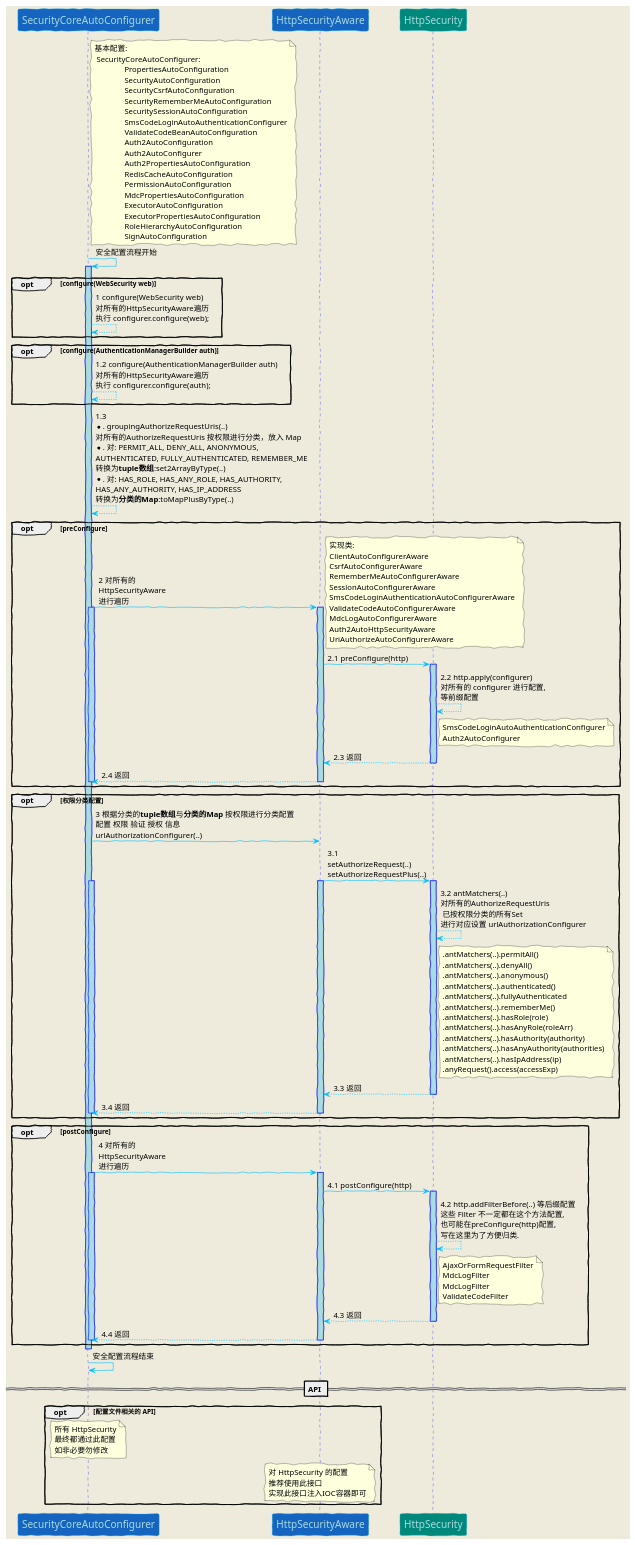
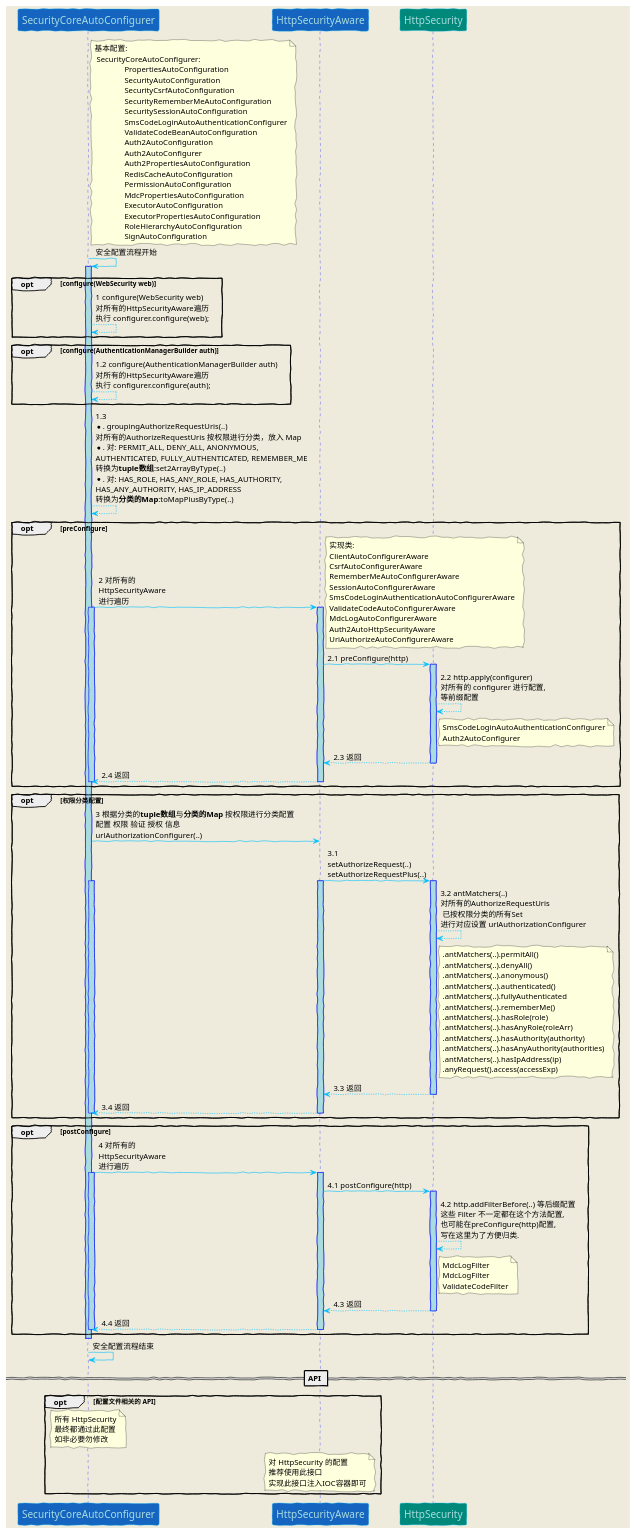
The diagram in doc/puml/securityConfigurer.puml (ZeroOrInfinity/UMS), drawn with PlantUML before and after one commit. The commit also changed 4 other files, not shown here.

Commit message:
文档: 更新 HttpSecurity 的配置时序图 与 权限流程时序图.

```diff
--- a/doc/puml/securityConfigurer.puml
+++ b/doc/puml/securityConfigurer.puml
@@ -1,146 +1,145 @@
 @startuml
 
 skinparam backgroundColor #EEEBDC
 skinparam handwritten true
 skinparam sequence {
 ArrowColor DeepSkyBlue
 ActorBorderColor DeepSkyBlue
 LifeLineBorderColor blue
 LifeLineBackgroundColor #A9DCDF
 ParticipantBorderColor DeepSkyBlue
 ParticipantBackgroundColor #00897b
 ParticipantFontName Impact
 ParticipantFontSize 17
 ParticipantFontColor #A9DCDF
 ActorBackgroundColor aqua
 ActorFontColor DeepSkyBlue
 ActorFontSize 17
 ActorFontName Aapex
 }
 
 participant "SecurityCoreAutoConfigurer" #1565c0
 note right SecurityCoreAutoConfigurer: 基本配置:\n SecurityCoreAutoConfigurer: \n\
                PropertiesAutoConfiguration\n               SecurityAutoConfiguration\n\
                SecurityCsrfAutoConfiguration\n               SecurityRememberMeAutoConfiguration\n\
                SecuritySessionAutoConfiguration\n\                SmsCodeLoginAutoAuthenticationConfigurer\n\
                ValidateCodeBeanAutoConfiguration\n\                Auth2AutoConfiguration\n\
                Auth2AutoConfigurer\n\                Auth2PropertiesAutoConfiguration\n\
                RedisCacheAutoConfiguration\n\                PermissionAutoConfiguration\n\
                MdcPropertiesAutoConfiguration\n\                ExecutorAutoConfiguration\n\
                ExecutorPropertiesAutoConfiguration\n\                RoleHierarchyAutoConfiguration\n\
                SignAutoConfiguration
 
 SecurityCoreAutoConfigurer -> SecurityCoreAutoConfigurer: 安全配置流程开始
 
 activate SecurityCoreAutoConfigurer
 
 opt configure(WebSecurity web)
 SecurityCoreAutoConfigurer --> SecurityCoreAutoConfigurer: 1 configure(WebSecurity web)\n\
 对所有的HttpSecurityAware遍历\n\
 执行 configurer.configure(web);
 end
 
 opt configure(AuthenticationManagerBuilder auth)
 SecurityCoreAutoConfigurer --> SecurityCoreAutoConfigurer: 1.2 configure(AuthenticationManagerBuilder auth)\n\
 对所有的HttpSecurityAware遍历\n\
 执行 configurer.configure(auth);
 end
 
 SecurityCoreAutoConfigurer --> SecurityCoreAutoConfigurer: 1.3 \n\
 *. groupingAuthorizeRequestUris(..)\n\
 对所有的AuthorizeRequestUris 按权限进行分类，放入 Map\n\
 *. 对: PERMIT_ALL, DENY_ALL, ANONYMOUS,\nAUTHENTICATED, FULLY_AUTHENTICATED, REMEMBER_ME\n\
 转换为**tuple数组**:set2ArrayByType(..)\n\
 *. 对: HAS_ROLE, HAS_ANY_ROLE, HAS_AUTHORITY, \nHAS_ANY_AUTHORITY, HAS_IP_ADDRESS\n\
 转换为**分类的Map**:toMapPlusByType(..)
 opt preConfigure
 participant "HttpSecurityAware" #1565c0
 SecurityCoreAutoConfigurer -> HttpSecurityAware: 2 对所有的\nHttpSecurityAware\n进行遍历
 activate SecurityCoreAutoConfigurer
 activate HttpSecurityAware
 note right : 实现类:\n\
 ClientAutoConfigurerAware\n\
 CsrfAutoConfigurerAware\n\
 RememberMeAutoConfigurerAware\n\
 SessionAutoConfigurerAware\n\
 SmsCodeLoginAuthenticationAutoConfigurerAware\n\
 ValidateCodeAutoConfigurerAware\n\
 MdcLogAutoConfigurerAware\n\
 Auth2AutoHttpSecurityAware\n\
 UriAuthorizeAutoConfigurerAware
 HttpSecurityAware -> HttpSecurity: 2.1 preConfigure(http)
 activate HttpSecurity
 HttpSecurity --> HttpSecurity: 2.2 http.apply(configurer)\n对所有的 configurer 进行配置,\n等前缀配置
 note right HttpSecurity: SmsCodeLoginAutoAuthenticationConfigurer\n\
 Auth2AutoConfigurer
 HttpSecurity --> HttpSecurityAware: 2.3 返回
 deactivate HttpSecurity
 HttpSecurityAware --> SecurityCoreAutoConfigurer: 2.4 返回
 deactivate SecurityCoreAutoConfigurer
 deactivate HttpSecurityAware
 end
 opt 权限分类配置
 SecurityCoreAutoConfigurer -> HttpSecurityAware: 3 根据分类的**tuple数组**与**分类的Map** 按权限进行分类配置\n\
 配置 权限 验证 授权 信息\n\
 urlAuthorizationConfigurer(..)
 HttpSecurityAware -> HttpSecurity: 3.1 \n\
 setAuthorizeRequest(..)\n\
 setAuthorizeRequestPlus(..)
 activate HttpSecurityAware
 activate SecurityCoreAutoConfigurer
 activate HttpSecurity
 HttpSecurity --> HttpSecurity: 3.2 antMatchers(..)\n对所有的AuthorizeRequestUris\n 已按权限分类的所有Set\n\
 进行对应设置 urlAuthorizationConfigurer
 note right HttpSecurity: .antMatchers(..).permitAll()\n\
 .antMatchers(..).denyAll()\n\
 .antMatchers(..).anonymous()\n\
 .antMatchers(..).authenticated()\n\
 .antMatchers(..).fullyAuthenticated\n\
 .antMatchers(..).rememberMe()\n\
 .antMatchers(..).hasRole(role)\n\
 .antMatchers(..).hasAnyRole(roleArr)\n\
 .antMatchers(..).hasAuthority(authority)\n\
 .antMatchers(..).hasAnyAuthority(authorities)\n\
 .antMatchers(..).hasIpAddress(ip)\n\
 .anyRequest().access(accessExp)
 HttpSecurity --> HttpSecurityAware: 3.3 返回
 deactivate HttpSecurity
 HttpSecurityAware --> SecurityCoreAutoConfigurer: 3.4 返回
 deactivate HttpSecurityAware
 deactivate SecurityCoreAutoConfigurer
 end
 activate SecurityCoreAutoConfigurer
 opt postConfigure
 SecurityCoreAutoConfigurer -> HttpSecurityAware: 4 对所有的\nHttpSecurityAware\n进行遍历
 activate SecurityCoreAutoConfigurer
 activate HttpSecurityAware
 HttpSecurityAware -> HttpSecurity: 4.1 postConfigure(http)
 activate HttpSecurity
 HttpSecurity --> HttpSecurity: 4.2 http.addFilterBefore(..) 等后缀配置\n\
 这些 Filter 不一定都在这个方法配置, \n也可能在preConfigure(http)配置,\n\
 写在这里为了方便归类.
-note right HttpSecurity: AjaxOrFormRequestFilter\n\
-MdcLogFilter\n\
+note right HttpSecurity: MdcLogFilter\n\
 MdcLogFilter\n\
 ValidateCodeFilter
 HttpSecurity --> HttpSecurityAware: 4.3 返回
 deactivate HttpSecurity
 
 HttpSecurityAware --> SecurityCoreAutoConfigurer: 4.4 返回
 deactivate SecurityCoreAutoConfigurer
 deactivate HttpSecurityAware
 end
 deactivate SecurityCoreAutoConfigurer
 
 deactivate SecurityCoreAutoConfigurer
 
 SecurityCoreAutoConfigurer -> SecurityCoreAutoConfigurer: 安全配置流程结束
 
 == API ==
 opt 配置文件相关的 API
 note over SecurityCoreAutoConfigurer: 所有 HttpSecurity\n最终都通过此配置\n如非必要勿修改
 note over HttpSecurityAware: 对 HttpSecurity 的配置\n推荐使用此接口\n实现此接口注入IOC容器即可
 
 end
 
 @enduml
```
